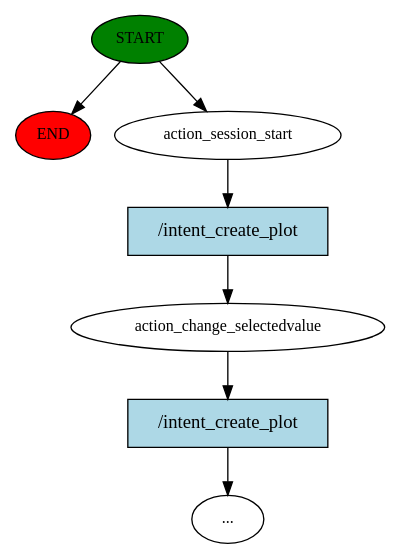
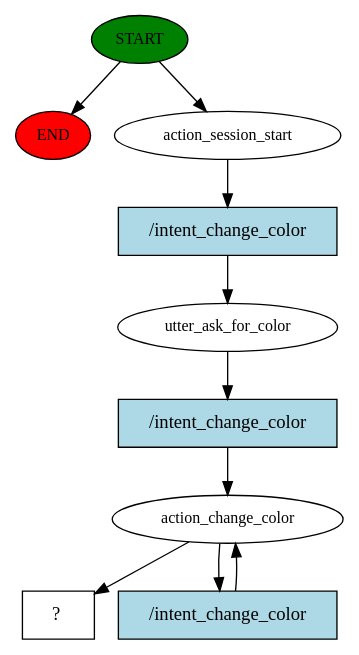
Before and after one commit to TobiasRisom/RasaMED8: the diagram in story_graph.dot, drawn with Graphviz. The commit also changed 123 other files, not shown here.

```diff
--- a/story_graph.dot
+++ b/story_graph.dot
@@ -1,15 +1,20 @@
 digraph  {
 0 [class="start active", fillcolor=green, fontsize=12, label=START, style=filled];
 "-1" [class=end, fillcolor=red, fontsize=12, label=END, style=filled];
 1 [class=active, fontsize=12, label=action_session_start];
-2 [class=active, fontsize=12, label=action_change_selectedvalue];
-3 [class="dashed active", fontsize=12, label="..."];
-4 [class="intent active", fillcolor=lightblue, label="/intent_create_plot", shape=rect, style=filled];
-5 [class="intent active", fillcolor=lightblue, label="/intent_create_plot", shape=rect, style=filled];
+2 [class=active, fontsize=12, label=utter_ask_for_color];
+3 [class=active, fontsize=12, label=action_change_color];
+5 [class="intent dashed active", label="  ?  ", shape=rect];
+6 [class="intent active", fillcolor=lightblue, label="/intent_change_color", shape=rect, style=filled];
+7 [class="intent active", fillcolor=lightblue, label="/intent_change_color", shape=rect, style=filled];
+8 [class="intent active", fillcolor=lightblue, label="/intent_change_color", shape=rect, style=filled];
 0 -> "-1"  [class="", key=NONE, label=""];
 0 -> 1  [class=active, key=NONE, label=""];
-1 -> 4  [class=active, key=0];
-2 -> 5  [class=active, key=0];
-4 -> 2  [class=active, key=0];
-5 -> 3  [class=active, key=0];
+1 -> 6  [class=active, key=0];
+2 -> 7  [class=active, key=0];
+3 -> 5  [class=active, key=NONE, label=""];
+3 -> 8  [class=active, key=0];
+6 -> 2  [class=active, key=0];
+7 -> 3  [class=active, key=0];
+8 -> 3  [class=active, key=0];
 }
```
